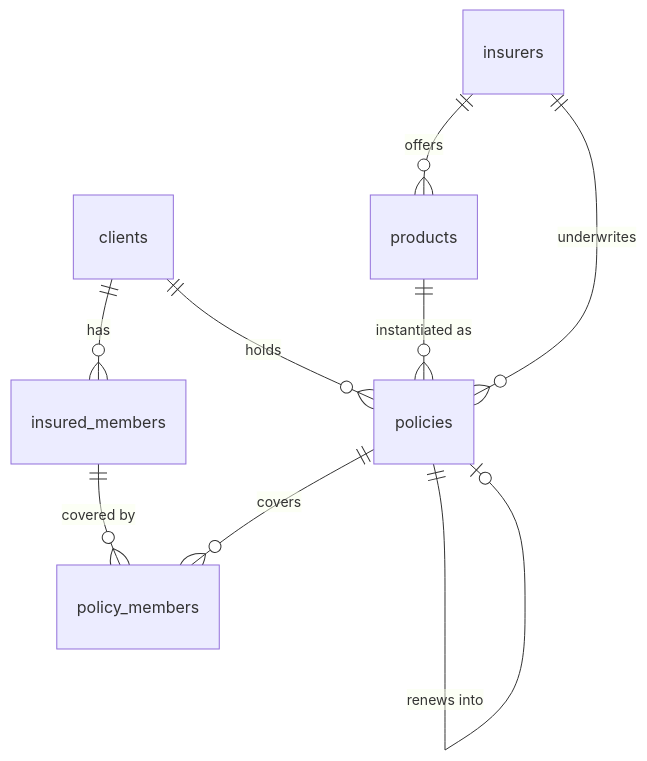
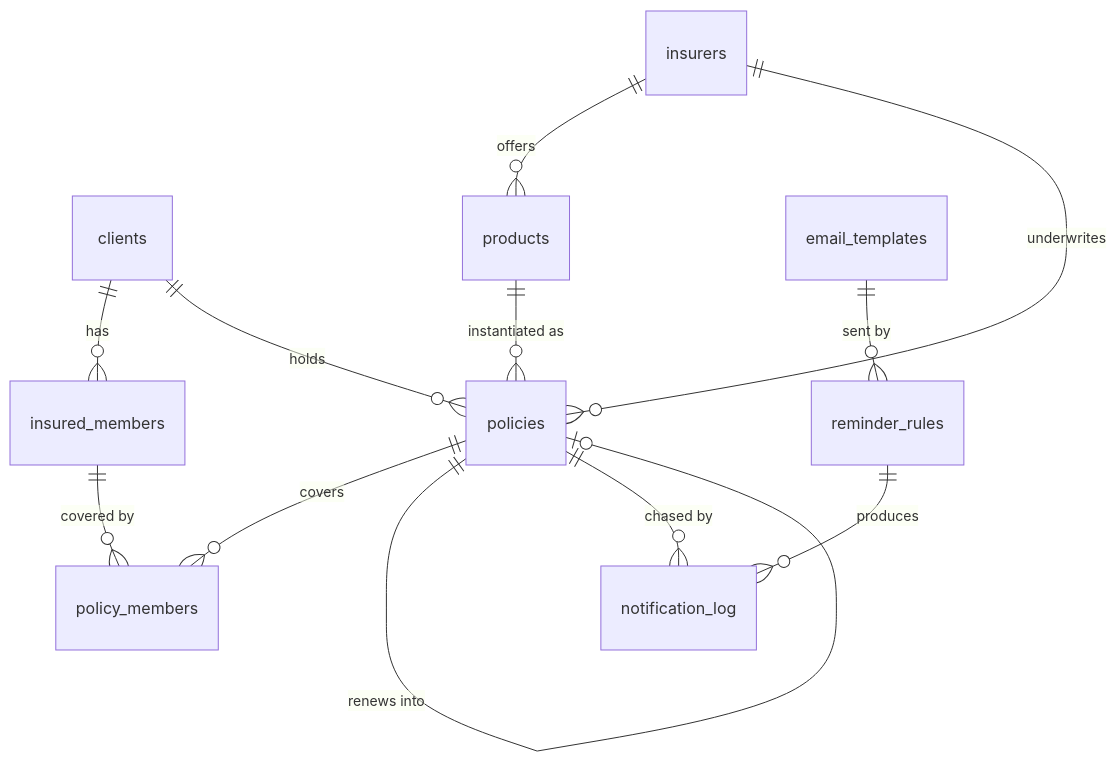
One commit to laksagent-png/StayInsured changed the diagram in docs/technical/DATA-MODEL.md. Above: the diagram before and after it, drawn with Mermaid. The commit also changed other lines of this file and 45 other files, not shown here.

````diff
--- a/docs/technical/DATA-MODEL.md
+++ b/docs/technical/DATA-MODEL.md
@@ -22,11 +22,14 @@
 ```mermaid
 erDiagram
     clients ||--o{ insured_members : has
     clients ||--o{ policies : holds
     insurers ||--o{ products : offers
     insurers ||--o{ policies : underwrites
     products ||--o{ policies : "instantiated as"
     policies ||--o{ policy_members : covers
     insured_members ||--o{ policy_members : "covered by"
     policies ||--o| policies : "renews into"
+    email_templates ||--o{ reminder_rules : "sent by"
+    reminder_rules ||--o{ notification_log : produces
+    policies ||--o{ notification_log : "chased by"
 ```
````
